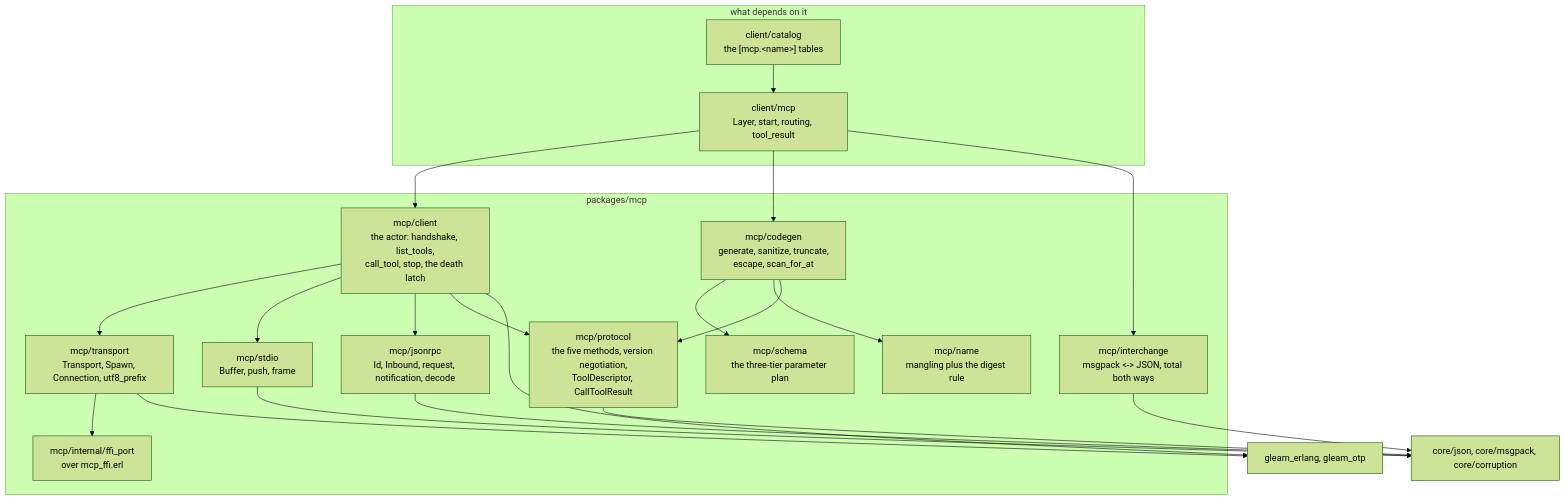
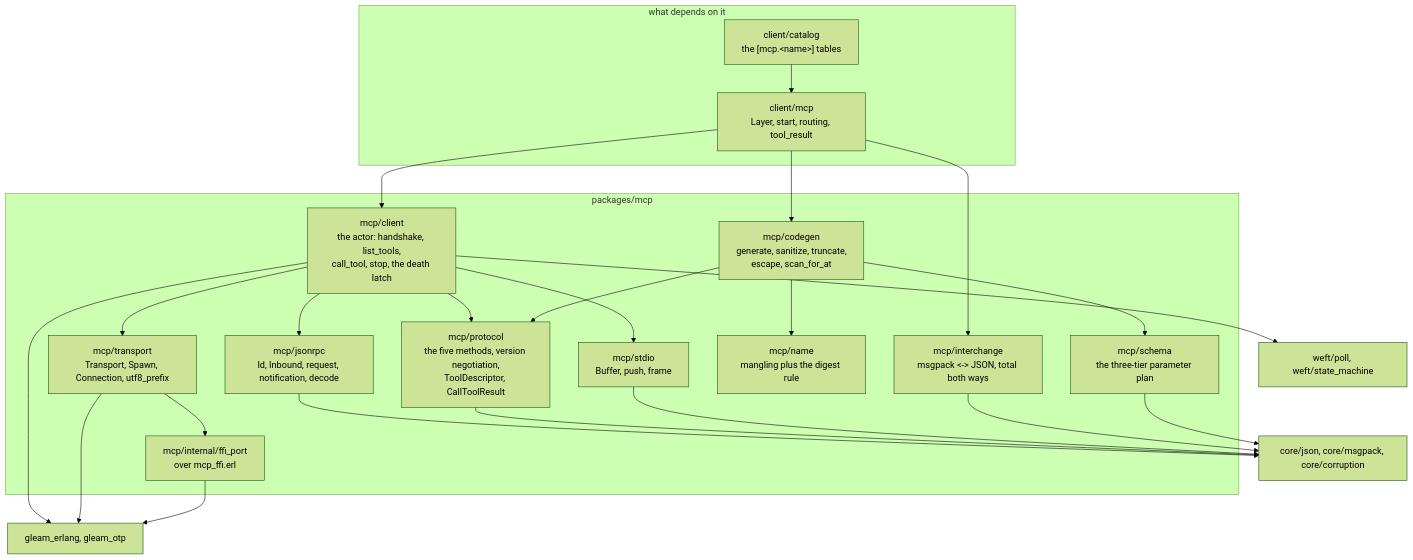
The first of 3 diagrams in packages/mcp/README.md (Roasbeef/loom), drawn with Mermaid (forest theme) before and after one commit. The commit also changed other lines of this file, not shown here.

First line of the commit message:
mcp: fix the diagram that did not parse

````diff
--- a/packages/mcp/README.md
+++ b/packages/mcp/README.md
@@ -46,43 +47,47 @@
 ```mermaid
 graph TD
   subgraph pkg["packages/mcp"]
     CL["mcp/client<br/>the actor: handshake, list_tools,<br/>call_tool, stop, the death latch"]
     TR["mcp/transport<br/>Transport, Spawn, Connection, utf8_prefix"]
     ST["mcp/stdio<br/>Buffer, push, frame"]
     JR["mcp/jsonrpc<br/>Id, Inbound, request, notification, decode"]
     PR["mcp/protocol<br/>the five methods, version negotiation,<br/>ToolDescriptor, CallToolResult"]
     SC["mcp/schema<br/>the three-tier parameter plan"]
     NM["mcp/name<br/>mangling plus the digest rule"]
     CG["mcp/codegen<br/>generate, sanitize, truncate,<br/>escape, scan_for_at"]
     IX["mcp/interchange<br/>msgpack &lt;-&gt; JSON, total both ways"]
     FFI["mcp/internal/ffi_port<br/>over mcp_ffi.erl"]
   end
 
   subgraph up["what depends on it"]
     CAT["client/catalog<br/>the [mcp.&lt;name&gt;] tables"]
     CMCP["client/mcp<br/>Layer, start, routing, tool_result"]
   end
 
   CORE["core/json, core/msgpack, core/corruption"]
   OTP["gleam_erlang, gleam_otp"]
+  WEFT["weft/poll, weft/state_machine"]
 
   CL --> TR
   CL --> ST
   CL --> JR
   CL --> PR
   CG --> SC
   CG --> NM
   CG --> PR
   TR --> FFI
   CL --> OTP
+  CL --> WEFT
   TR --> OTP
+  FFI --> OTP
   JR --> CORE
   PR --> CORE
   ST --> CORE
   IX --> CORE
+  SC --> CORE
 
   CAT --> CMCP
   CMCP --> CL
   CMCP --> CG
   CMCP --> IX
 ```
````
